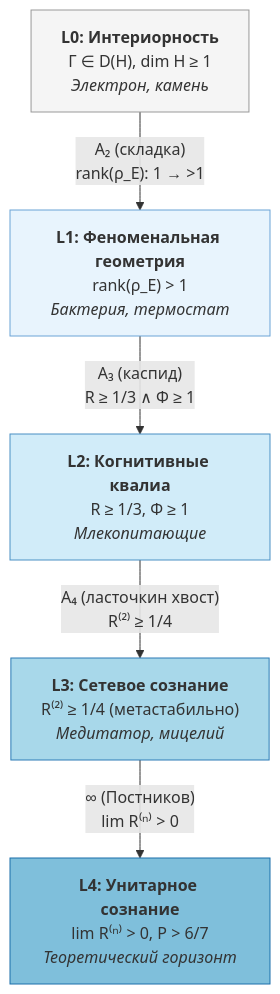
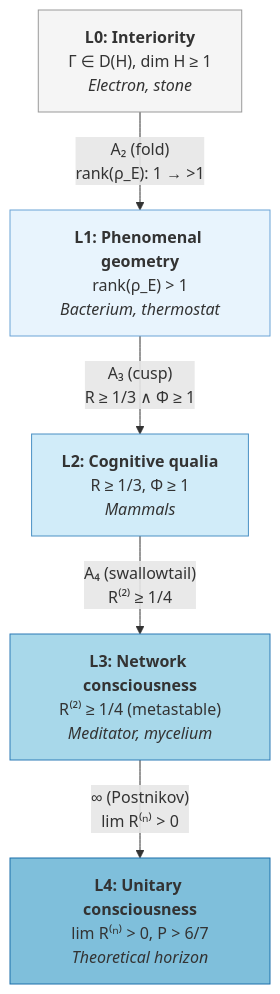
One commit to gst-st/uhm changed the diagram in website/docs/consciousness/hierarchy/interiority-hierarchy.md. Above: the diagram before and after it, drawn with Mermaid. The commit also changed other lines of this file and 79 other files, not shown here.

````diff
--- a/website/docs/consciousness/hierarchy/interiority-hierarchy.md
+++ b/website/docs/consciousness/hierarchy/interiority-hierarchy.md
@@ -45,19 +45,19 @@
 ```mermaid
 graph TD
-    L0["<b>L0: Интериорность</b><br/>Γ ∈ D(H), dim H ≥ 1<br/><i>Электрон, камень</i>"]
-    L1["<b>L1: Феноменальная геометрия</b><br/>rank(ρ_E) > 1<br/><i>Бактерия, термостат</i>"]
-    L2["<b>L2: Когнитивные квалиа</b><br/>R ≥ 1/3, Φ ≥ 1<br/><i>Млекопитающие</i>"]
-    L3["<b>L3: Сетевое сознание</b><br/>R⁽²⁾ ≥ 1/4 (метастабильно)<br/><i>Медитатор, мицелий</i>"]
-    L4["<b>L4: Унитарное сознание</b><br/>lim R⁽ⁿ⁾ > 0, P > 6/7<br/><i>Теоретический горизонт</i>"]
+    L0["<b>L0: Interiority</b><br/>Γ ∈ D(H), dim H ≥ 1<br/><i>Electron, stone</i>"]
+    L1["<b>L1: Phenomenal geometry</b><br/>rank(ρ_E) > 1<br/><i>Bacterium, thermostat</i>"]
+    L2["<b>L2: Cognitive qualia</b><br/>R ≥ 1/3, Φ ≥ 1<br/><i>Mammals</i>"]
+    L3["<b>L3: Network consciousness</b><br/>R⁽²⁾ ≥ 1/4 (metastable)<br/><i>Meditator, mycelium</i>"]
+    L4["<b>L4: Unitary consciousness</b><br/>lim R⁽ⁿ⁾ > 0, P > 6/7<br/><i>Theoretical horizon</i>"]
 
-    L0 -->|"A₂ (складка)<br/>rank(ρ_E): 1 → >1"| L1
-    L1 -->|"A₃ (каспид)<br/>R ≥ 1/3 ∧ Φ ≥ 1"| L2
-    L2 -->|"A₄ (ласточкин хвост)<br/>R⁽²⁾ ≥ 1/4"| L3
-    L3 -->|"∞ (Постников)<br/>lim R⁽ⁿ⁾ > 0"| L4
+    L0 -->|"A₂ (fold)<br/>rank(ρ_E): 1 → >1"| L1
+    L1 -->|"A₃ (cusp)<br/>R ≥ 1/3 ∧ Φ ≥ 1"| L2
+    L2 -->|"A₄ (swallowtail)<br/>R⁽²⁾ ≥ 1/4"| L3
+    L3 -->|"∞ (Postnikov)<br/>lim R⁽ⁿ⁾ > 0"| L4
 
     style L0 fill:#f5f5f5,stroke:#999
     style L1 fill:#e8f4fd,stroke:#6ba3d6
     style L2 fill:#d1ecf9,stroke:#4a90c4
     style L3 fill:#a8d8ea,stroke:#2c7bb6
     style L4 fill:#7fbfdb,stroke:#1a6faa
 ```
````
